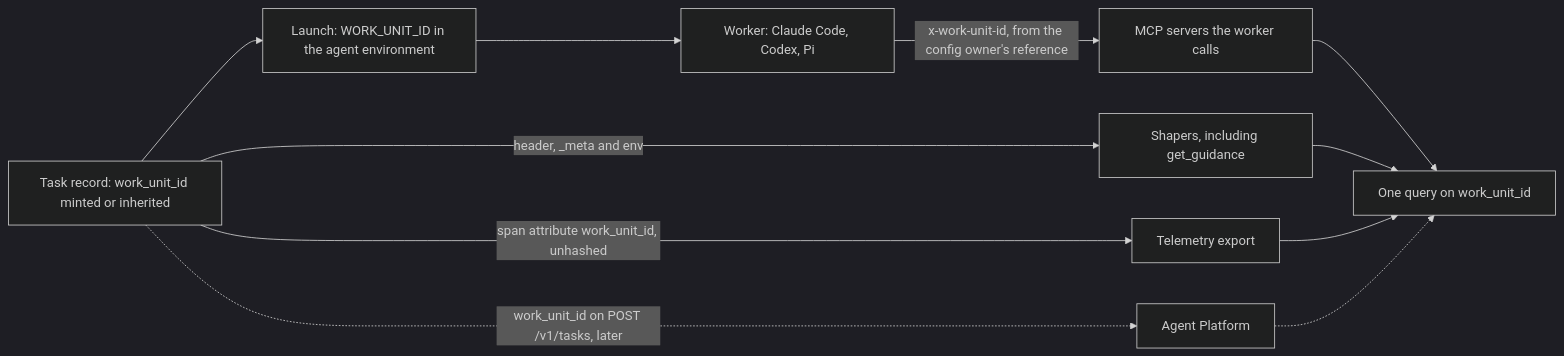
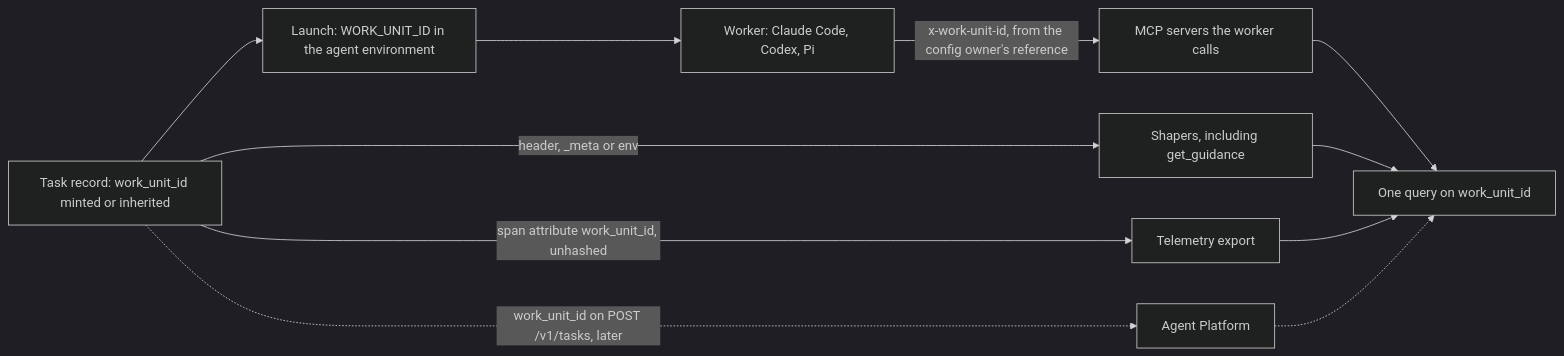
Before and after one commit to teamupstart/mission-control: the diagram in docs/plans/work-unit-id/plan.md, drawn with Mermaid (dark theme). The commit also changed other lines of this file and 3 other files, not shown here.

````diff
--- a/docs/plans/work-unit-id/plan.md
+++ b/docs/plans/work-unit-id/plan.md
@@ -304,13 +317,13 @@
 ```mermaid
 flowchart LR
   T[Task record: work_unit_id minted or inherited] --> L[Launch: WORK_UNIT_ID in the agent environment]
   L --> W[Worker: Claude Code, Codex, Pi]
   W -->|x-work-unit-id, from the config owner's reference| M[MCP servers the worker calls]
-  T -->|header, _meta and env| S[Shapers, including get_guidance]
+  T -->|header, _meta or env| S[Shapers, including get_guidance]
   T -->|span attribute work_unit_id, unhashed| O[Telemetry export]
   T -.->|work_unit_id on POST /v1/tasks, later| A[Agent Platform]
   M --> D[One query on work_unit_id]
   S --> D
   O --> D
   A -.-> D
 ```
````
